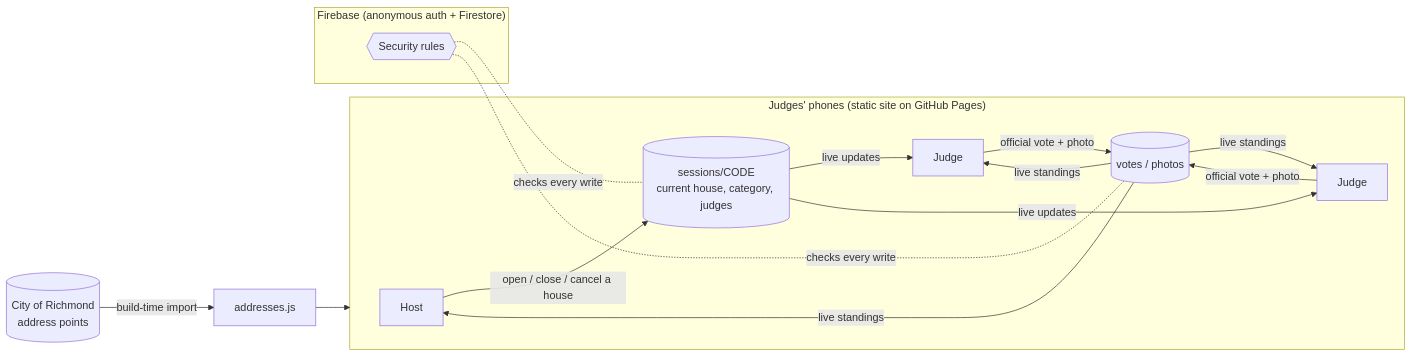
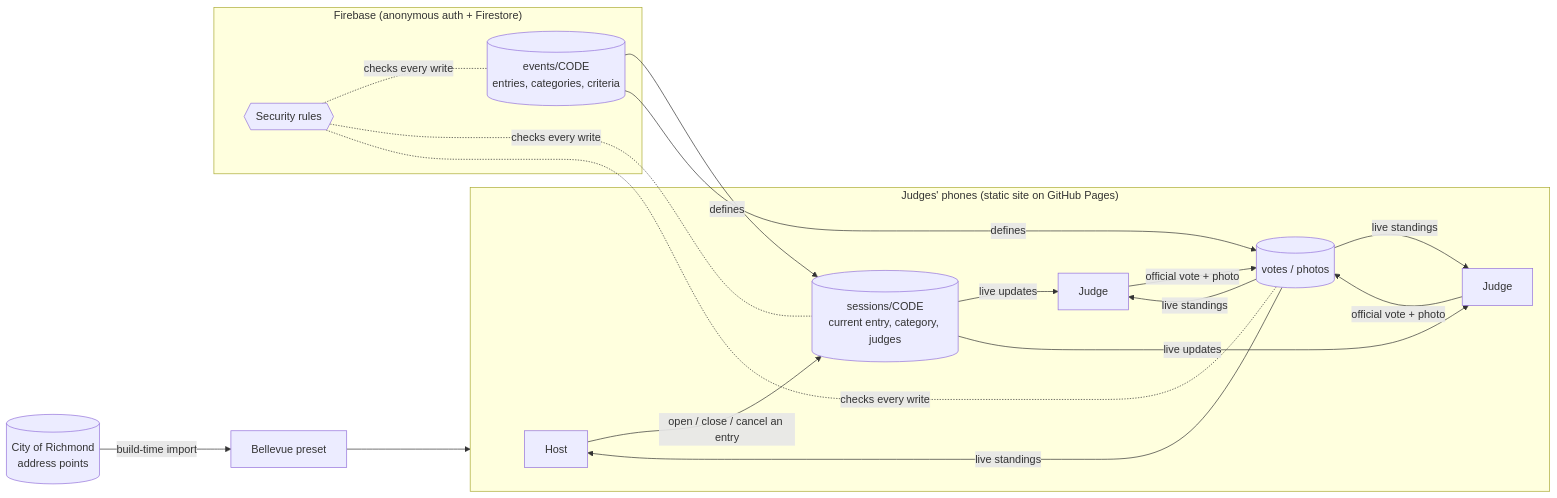
One commit to daviskrebs/quorum changed the diagram in README.md. Above: the diagram before and after it, drawn with Mermaid. The commit also changed other lines of this file and 20 other files, not shown here.

First line of the commit message:
Rename to Tally; add a landing page and events beyond Bellevue

````diff
--- a/README.md
+++ b/README.md
@@ -29,18 +30,20 @@
 ```mermaid
 flowchart LR
   subgraph Phones["Judges' phones (static site on GitHub Pages)"]
-    H[Host] -- "open / close / cancel a house" --> S
+    H[Host] -- "open / close / cancel an entry" --> S
     J1[Judge] -- "official vote + photo" --> V
     J2[Judge] -- "official vote + photo" --> V
   end
   subgraph Firebase["Firebase (anonymous auth + Firestore)"]
-    S[(sessions/CODE<br/>current house, category, judges)]
+    E[(events/CODE<br/>entries, categories, criteria)]
+    S[(sessions/CODE<br/>current entry, category, judges)]
     V[(votes / photos)]
     R{{Security rules}}
   end
   S -- "live updates" --> J1 & J2
   V -- "live standings" --> H & J1 & J2
-  R -. "checks every write" .- S & V
-  GIS[(City of Richmond<br/>address points)] -- "build-time import" --> A[addresses.js]
+  E -- "defines" --> S & V
+  R -. "checks every write" .- E & S & V
+  GIS[(City of Richmond<br/>address points)] -- "build-time import" --> A[Bellevue preset]
   A --> Phones
 ```
````
